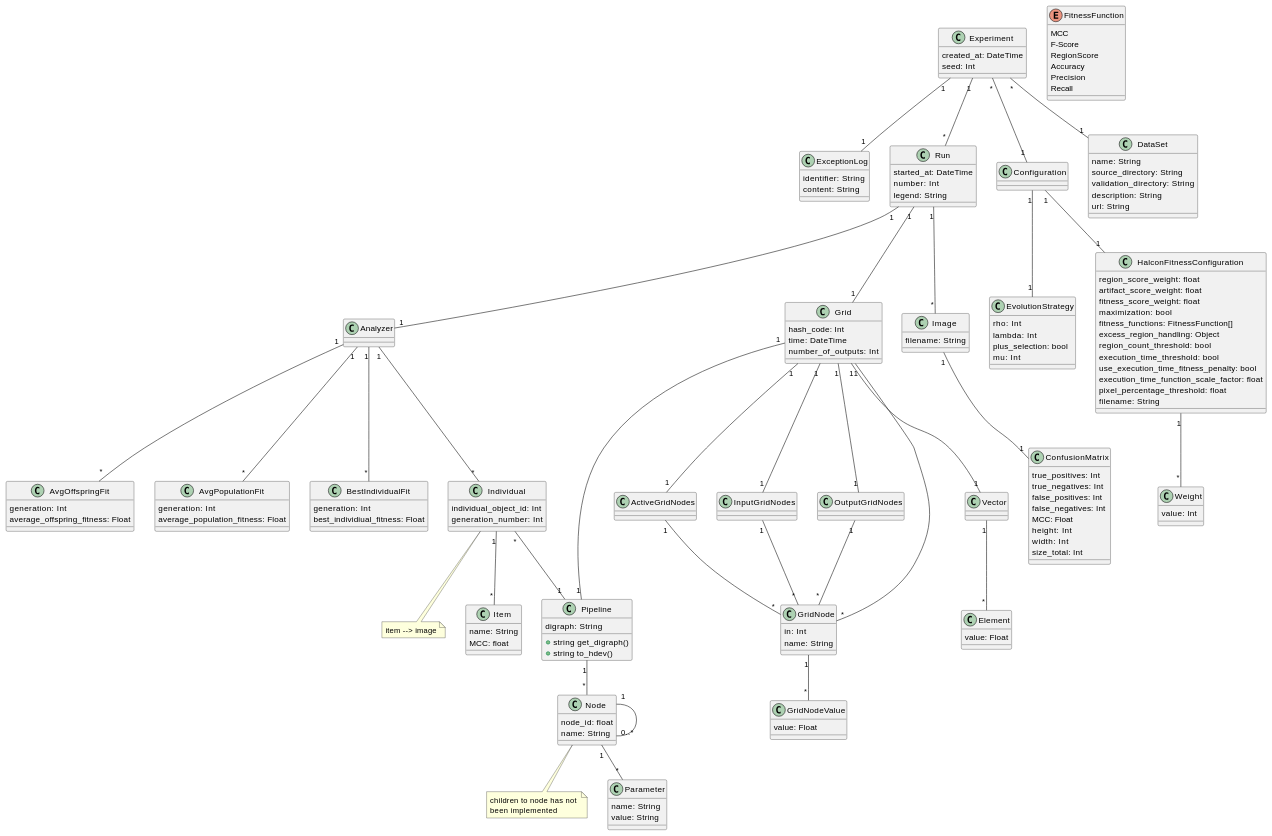
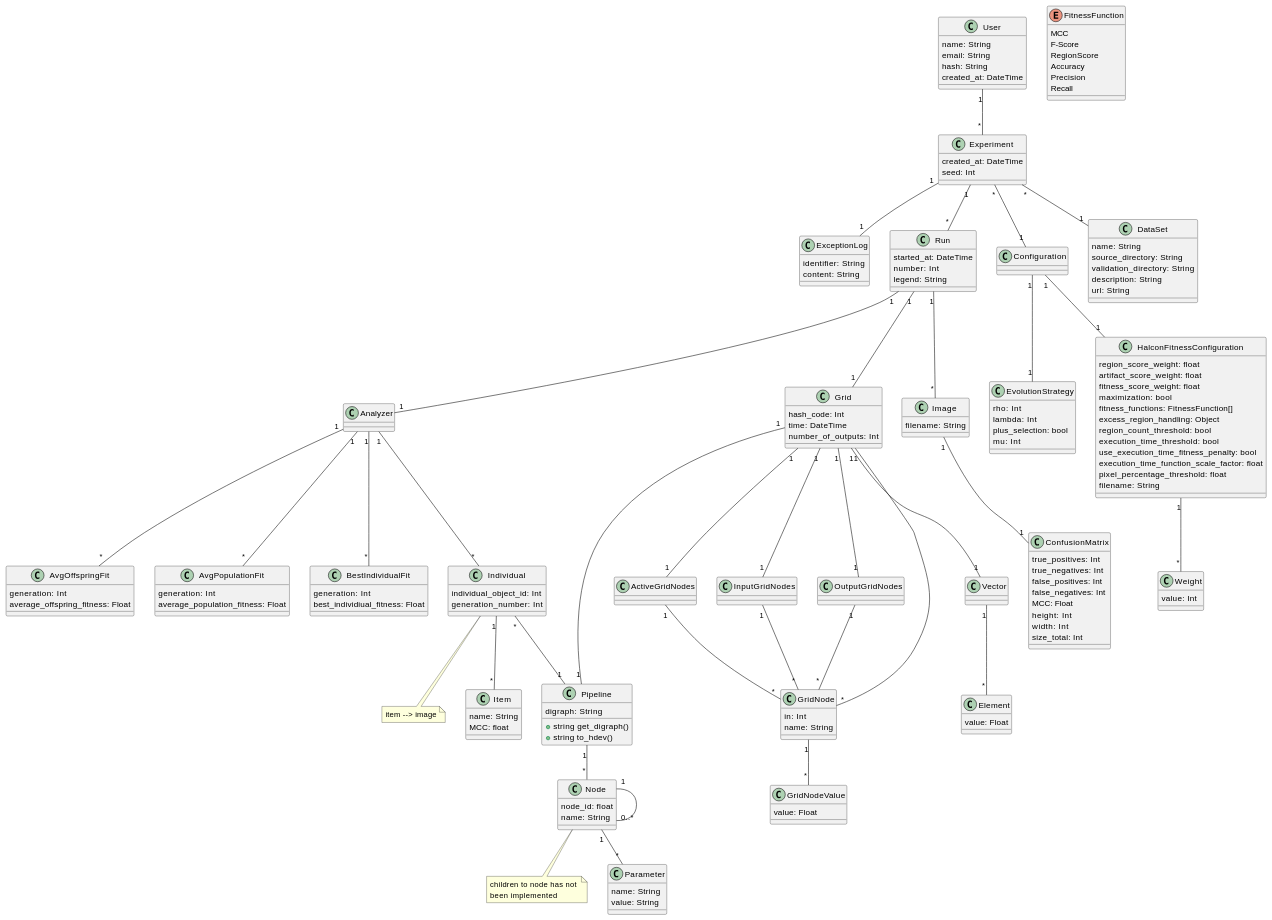
One commit to anmarchio/experiments changed the diagram in diagrams/DataModel.md. Above: the diagram before and after it, drawn with PlantUML.

````diff
--- a/diagrams/DataModel.md
+++ b/diagrams/DataModel.md
@@ -5,4 +5,12 @@
 ```plantuml
+
+class User {
+  name: String
+  email: String
+  hash: String
+  created_at: DateTime
+}
+
 class Experiment {
   created_at: DateTime
   seed: Int
@@ -154,6 +162,8 @@
     size_total: Int
 }
 
+User "1" -- "*" Experiment
+
 Experiment "1" -- "*" Run
 Experiment "*" -- "1" DataSet
 Experiment "*" -- "1" Configuration
````
